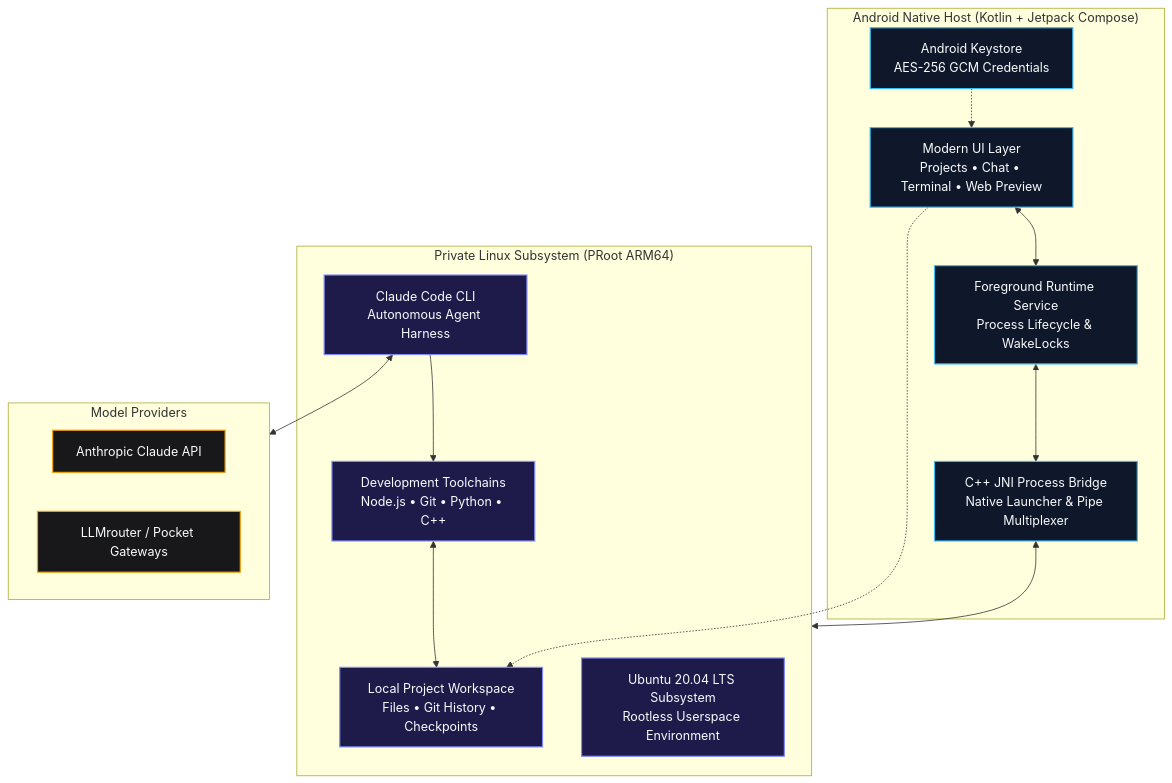
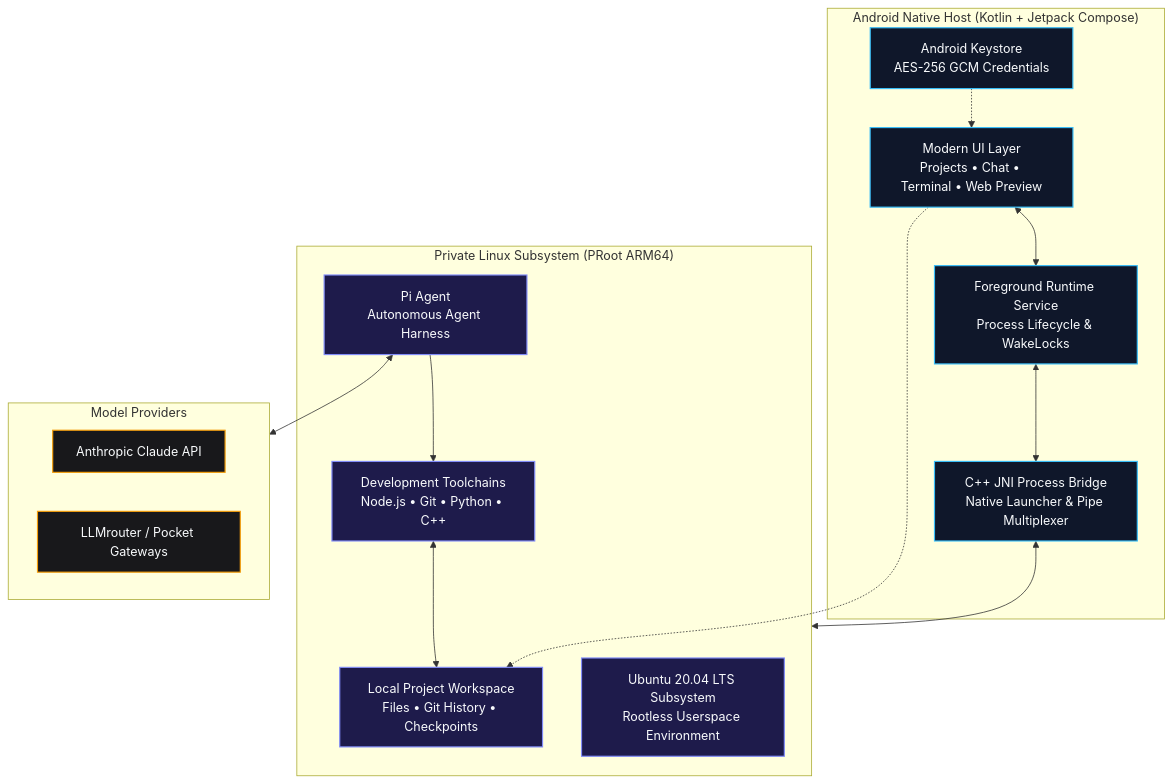
One commit to Anonymousyasin/Mobile-Harness changed the diagram in README.md. Above: the diagram before and after it, drawn with Mermaid. The commit also changed other lines of this file and 21 other files, not shown here.

First line of the commit message:
Replace Claude Code with bundled Pi agent

````diff
--- a/README.md
+++ b/README.md
@@ -234,38 +234,38 @@
 ```mermaid
 flowchart TB
     subgraph Host[" Android Native Host (Kotlin + Jetpack Compose) "]
         UI["Modern UI Layer<br/>Projects • Chat • Terminal • Web Preview"]
         Service["Foreground Runtime Service<br/>Process Lifecycle & WakeLocks"]
         Keystore["Android Keystore<br/>AES-256 GCM Credentials"]
         Bridge["C++ JNI Process Bridge<br/>Native Launcher & Pipe Multiplexer"]
     end
 
     subgraph Subsystem[" Private Linux Subsystem (PRoot ARM64) "]
         Ubuntu["Ubuntu 20.04 LTS Subsystem<br/>Rootless Userspace Environment"]
-        Agent["Claude Code CLI<br/>Autonomous Agent Harness"]
+        Agent["Pi Agent<br/>Autonomous Agent Harness"]
         Tools["Development Toolchains<br/>Node.js • Git • Python • C++"]
         Workspace["Local Project Workspace<br/>Files • Git History • Checkpoints"]
     end
 
     subgraph Cloud[" Model Providers "]
         Anthropic["Anthropic Claude API"]
         Gateways["LLMrouter / Pocket Gateways"]
     end
 
     UI <--> Service
     Service <--> Bridge
     Bridge <--> Subsystem
     Keystore -.-> UI
     Agent <--> Cloud
     Agent --> Tools
     Tools <--> Workspace
     UI -.-> Workspace
 
     classDef hostStyle fill:#0f172a,stroke:#38bdf8,stroke-width:1.5px,color:#f8fafc;
     classDef subStyle fill:#1e1b4b,stroke:#818cf8,stroke-width:1.5px,color:#f8fafc;
     classDef cloudStyle fill:#18181b,stroke:#f59e0b,stroke-width:1.5px,color:#f8fafc;
 
     class UI,Service,Keystore,Bridge hostStyle;
     class Ubuntu,Agent,Tools,Workspace subStyle;
     class Anthropic,Gateways cloudStyle;
 ```
````
